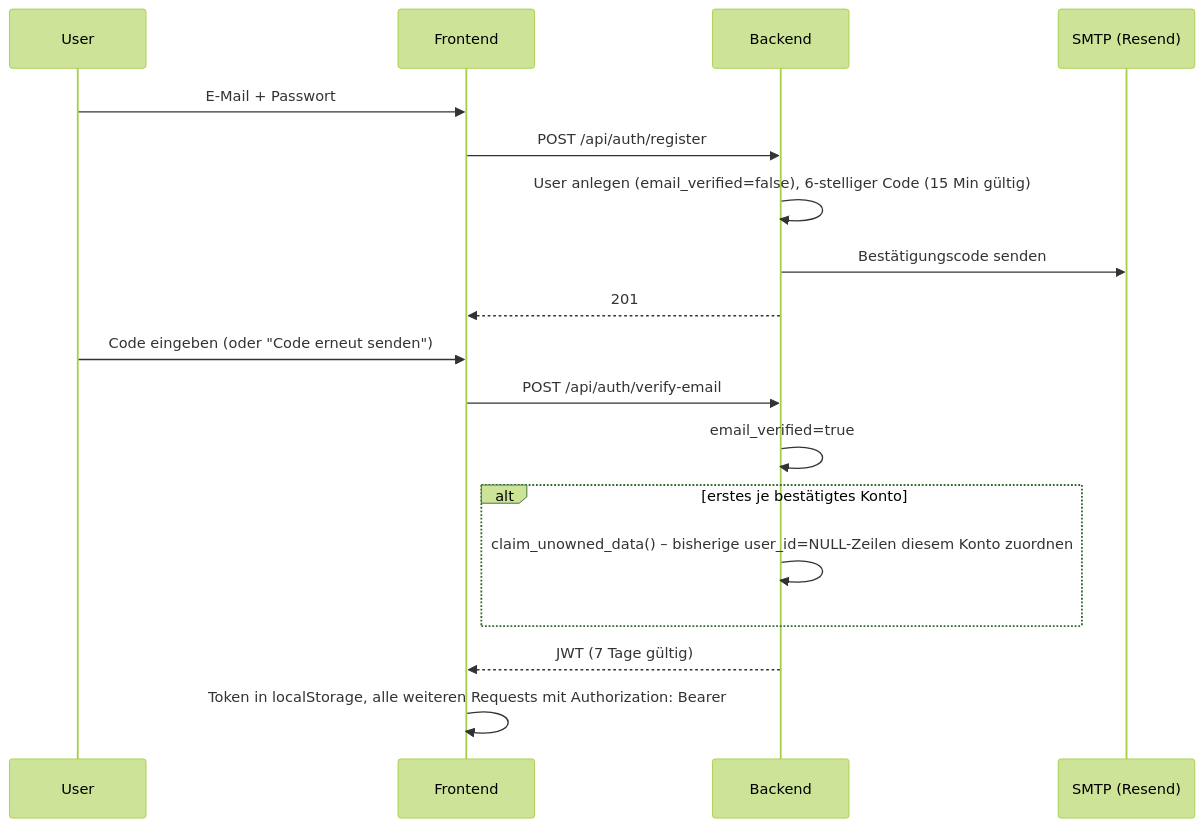
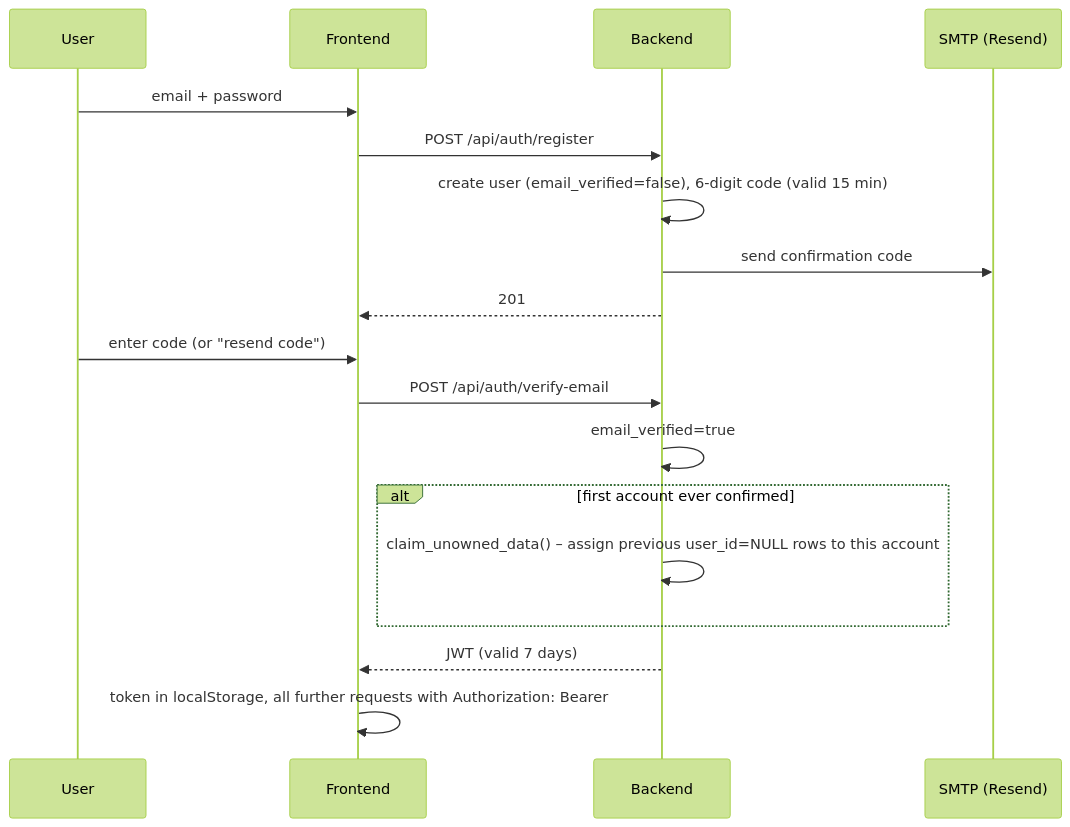
The eighth of 9 diagrams in docs/ARCHITECTURE.md (EGulinsky/rapport), drawn with Mermaid (forest theme) before and after one commit. The commit also changed other lines of this file and 6 other files, not shown here.

````diff
--- a/docs/ARCHITECTURE.md
+++ b/docs/ARCHITECTURE.md
@@ -741,21 +741,21 @@
 ```mermaid
 sequenceDiagram
     participant U as User
     participant FE as Frontend
     participant BE as Backend
     participant Mail as SMTP (Resend)
 
-    U->>FE: E-Mail + Passwort
+    U->>FE: email + password
     FE->>BE: POST /api/auth/register
-    BE->>BE: User anlegen (email_verified=false), 6-stelliger Code (15 Min gültig)
-    BE->>Mail: Bestätigungscode senden
+    BE->>BE: create user (email_verified=false), 6-digit code (valid 15 min)
+    BE->>Mail: send confirmation code
     BE-->>FE: 201
-    U->>FE: Code eingeben (oder "Code erneut senden")
+    U->>FE: enter code (or "resend code")
     FE->>BE: POST /api/auth/verify-email
     BE->>BE: email_verified=true
-    alt erstes je bestätigtes Konto
-        BE->>BE: claim_unowned_data() – bisherige user_id=NULL-Zeilen diesem Konto zuordnen
+    alt first account ever confirmed
+        BE->>BE: claim_unowned_data() – assign previous user_id=NULL rows to this account
     end
-    BE-->>FE: JWT (7 Tage gültig)
-    FE->>FE: Token in localStorage, alle weiteren Requests mit Authorization: Bearer
+    BE-->>FE: JWT (valid 7 days)
+    FE->>FE: token in localStorage, all further requests with Authorization: Bearer
 ```
````
